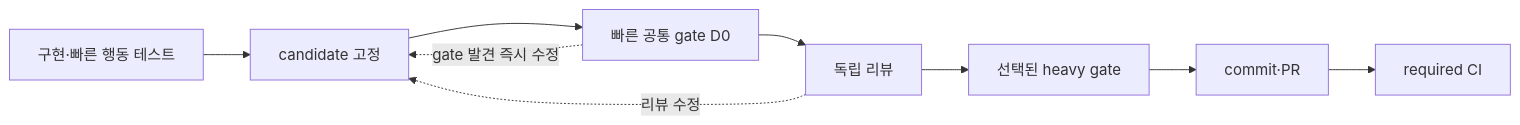
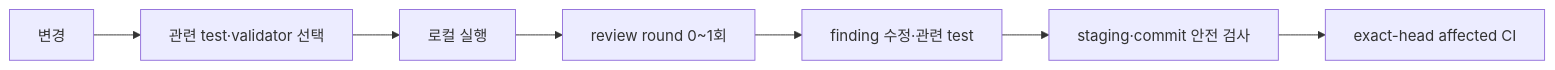
Before and after one commit to GoCalendar/LunchTime: the diagram in docs/development/03_validation_ci_flow.md, drawn with Mermaid. The commit also changed other lines of this file and 29 other files, not shown here.

````diff
--- a/docs/development/03_validation_ci_flow.md
+++ b/docs/development/03_validation_ci_flow.md
@@ -9,11 +9,9 @@
 ```mermaid
 flowchart LR
-    W["구현·빠른 행동 테스트"] --> C["candidate 고정"]
-    C --> D["빠른 공통 gate D0"]
-    D --> R["독립 리뷰"]
-    R --> H["선택된 heavy gate"]
-    H --> M["commit·PR"]
-    M --> CI["required CI"]
-    D -. "gate 발견 즉시 수정" .-> C
-    R -. "리뷰 수정" .-> C
+    W["변경"] --> S["관련 test·validator 선택"]
+    S --> T["로컬 실행"]
+    T --> R["review round 0~1회"]
+    R --> C["finding 수정·관련 test"]
+    C --> M["staging·commit 안전 검사"]
+    M --> CI["exact-head affected CI"]
 ```
````
